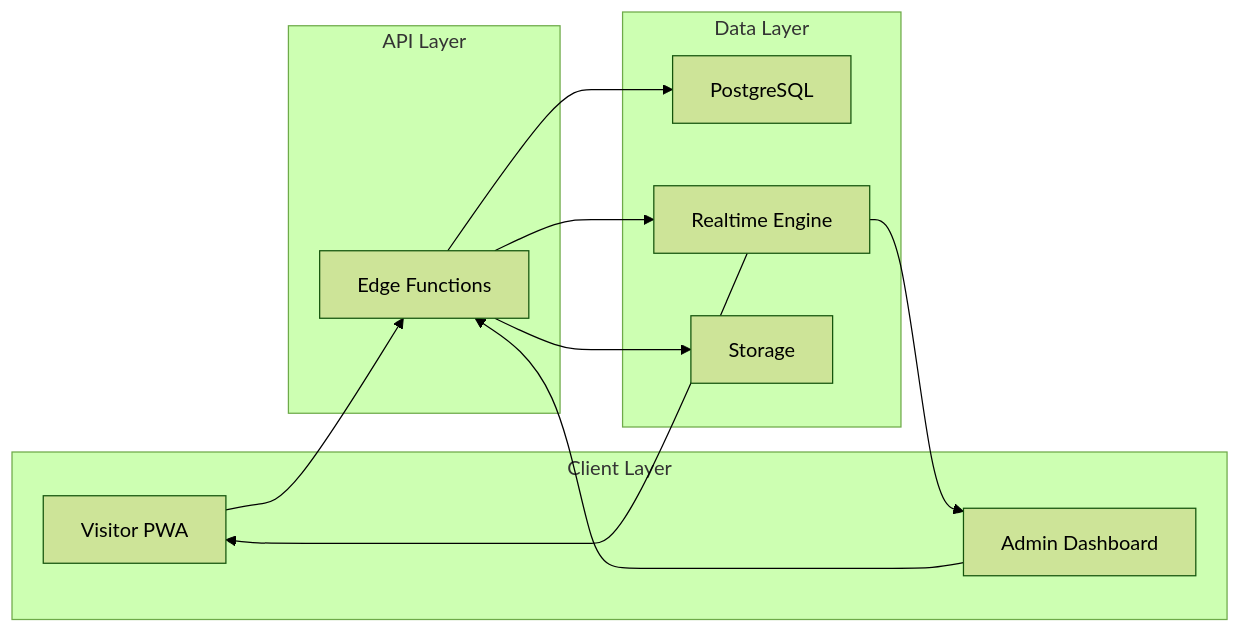
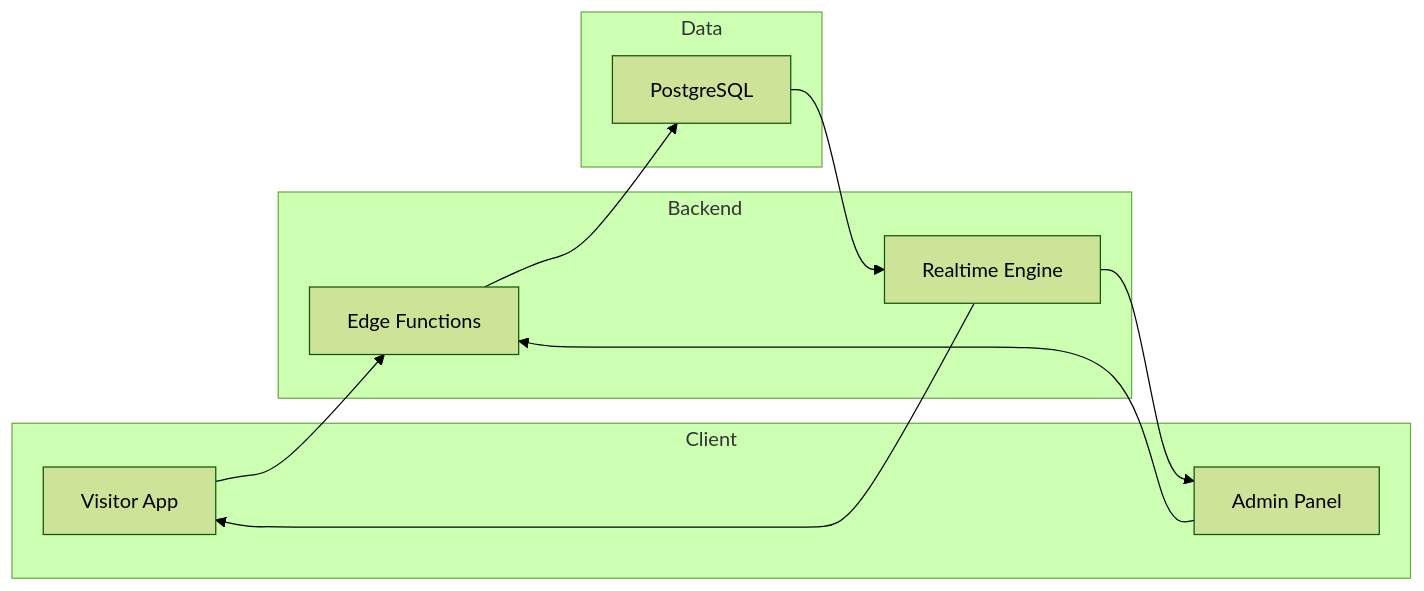
One commit to vanshrajputcodes/Flowsense changed diagram 13 of 13 in README.md. Above: the diagram before and after it, drawn with Mermaid (forest theme). The commit also changed other lines of this file, not shown here.

````diff
--- a/README.md
+++ b/README.md
@@ -200,25 +226,23 @@
 ```mermaid
 flowchart LR
-    subgraph Client Layer
-        A[Visitor PWA]
-        B[Admin Dashboard]
+    subgraph Client
+        A[Visitor App]
+        B[Admin Panel]
     end
 
-    subgraph API Layer
+    subgraph Backend
         C[Edge Functions]
+        D[Realtime Engine]
     end
 
-    subgraph Data Layer
-        D[PostgreSQL]
-        E[Realtime Engine]
-        F[Storage]
+    subgraph Data
+        E[PostgreSQL]
     end
 
     A --> C
     B --> C
-    C --> D
     C --> E
-    C --> F
-    E --> A
-    E --> B
+    E --> D
+    D --> A
+    D --> B
 ```
````
